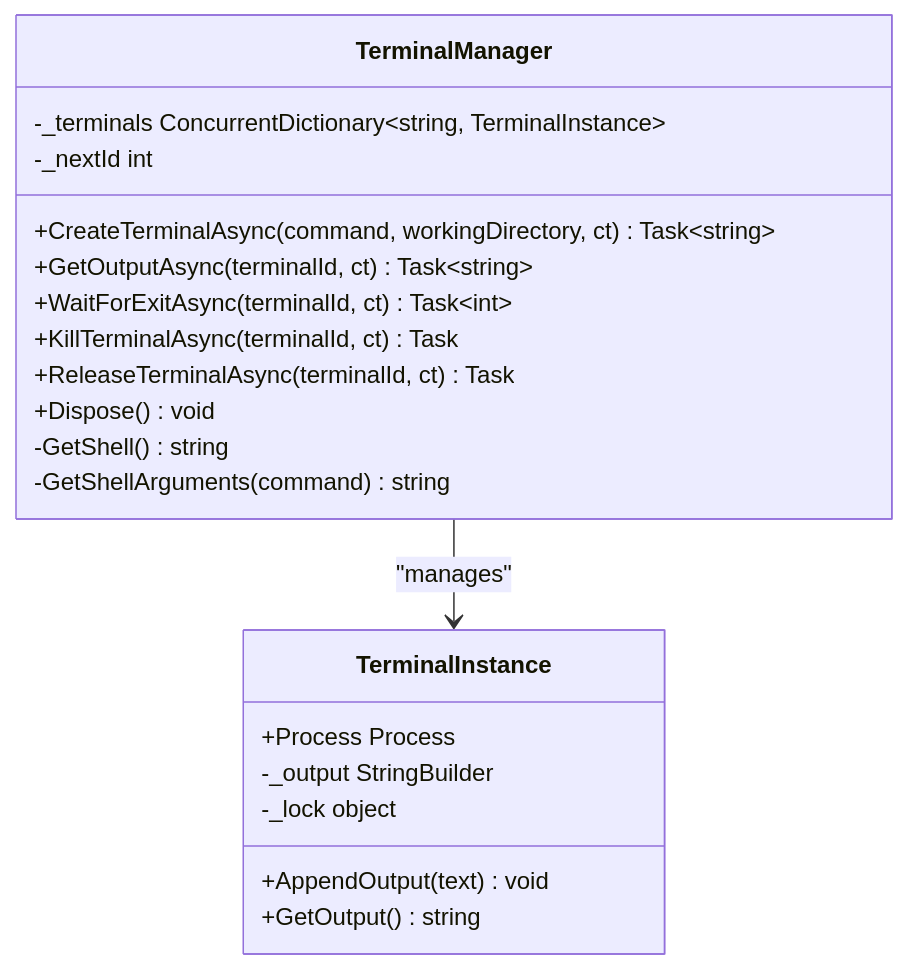
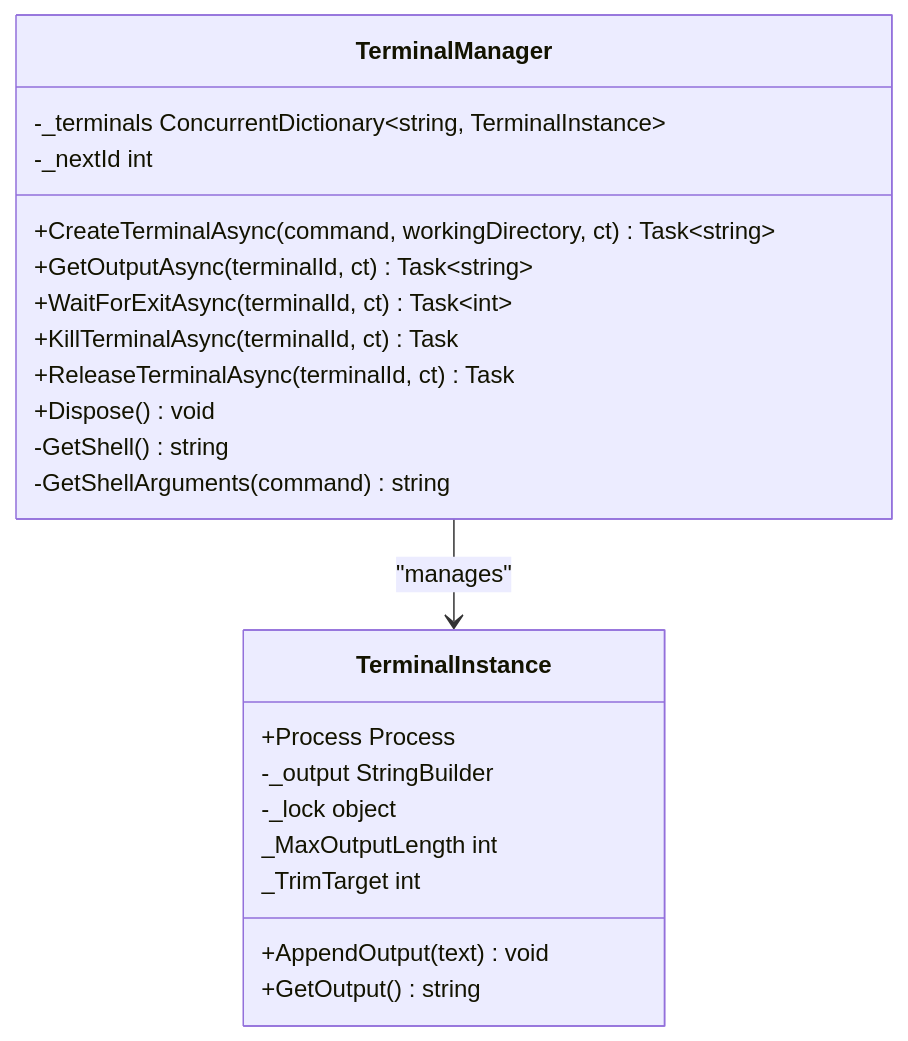
The third of 6 diagrams in .qoder/repowiki/en/content/API Reference/Services API/Terminal Manager API.md (AgenticDesktop/App), drawn with Mermaid before and after one commit. The commit also changed other lines of this file and 108 other files, not shown here.

````diff
--- a/.qoder/repowiki/en/content/API Reference/Services API/Terminal Manager API.md
+++ b/.qoder/repowiki/en/content/API Reference/Services API/Terminal Manager API.md
@@ -164,23 +178,25 @@
 ```mermaid
 classDiagram
 class TerminalManager {
 +CreateTerminalAsync(command, workingDirectory, ct) Task~string~
 +GetOutputAsync(terminalId, ct) Task~string~
 +WaitForExitAsync(terminalId, ct) Task~int~
 +KillTerminalAsync(terminalId, ct) Task
 +ReleaseTerminalAsync(terminalId, ct) Task
 +Dispose() void
 -_terminals ConcurrentDictionary~string, TerminalInstance~
 -_nextId int
 -GetShell() string
 -GetShellArguments(command) string
 }
 class TerminalInstance {
 +Process Process
 +AppendOutput(text) void
 +GetOutput() string
 -_output StringBuilder
 -_lock object
+_MaxOutputLength int
+_TrimTarget int
 }
 TerminalManager --> TerminalInstance : "manages"
 ```
````
